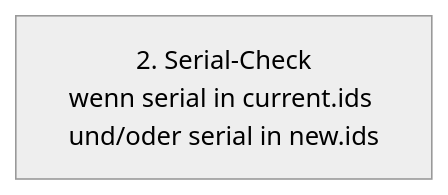
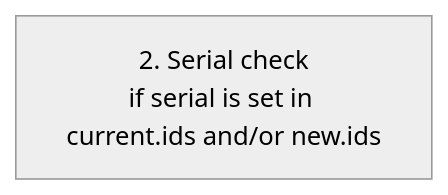
The third of 12 diagrams in README.md (me-systeme/StartupCAN), drawn with Mermaid (neutral theme) before and after one commit. The commit also changed other lines of this file and 10 other files, not shown here.

````diff
--- a/README.md
+++ b/README.md
@@ -179,4 +313,4 @@
 ```mermaid
 flowchart TD
-A["2. Serial-Check<br/>wenn serial in current.ids und/oder serial in new.ids"]
+A["2. Serial check<br/>if serial is set in current.ids and/or new.ids"]
 ```
````
